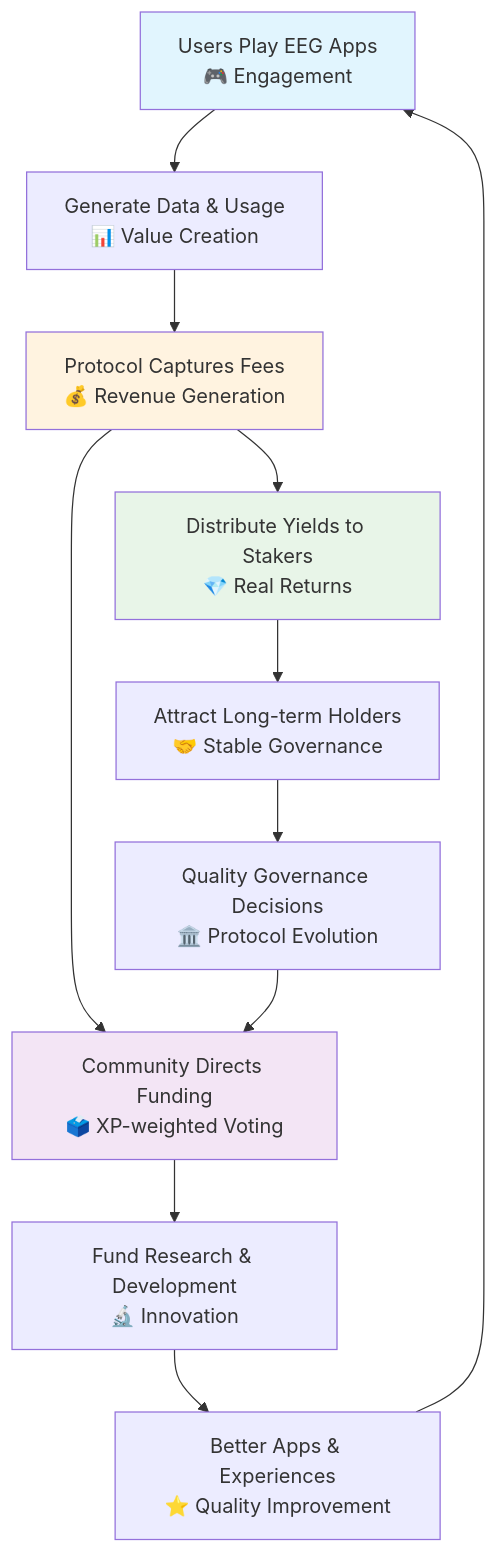
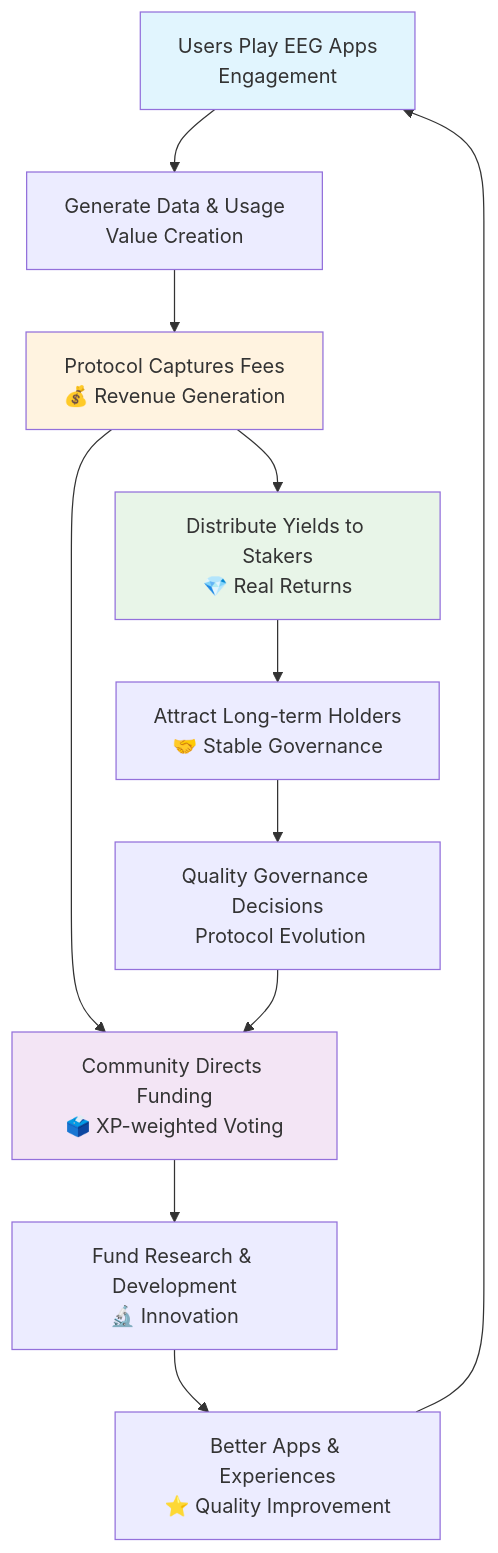
Before and after one commit to Elata-Biosciences/elata-protocol: the second of 10 diagrams in README.md, drawn with Mermaid. The commit also changed other lines of this file and 21 other files, not shown here.

````diff
--- a/README.md
+++ b/README.md
@@ -60,19 +60,19 @@
 ```mermaid
 graph TD
-    A[Users Play EEG Apps<br/>🎮 Engagement] --> B[Generate Data & Usage<br/>📊 Value Creation]
+    A[Users Play EEG Apps<br/> Engagement] --> B[Generate Data & Usage<br/> Value Creation]
     B --> C[Protocol Captures Fees<br/>💰 Revenue Generation]
     C --> D[Community Directs Funding<br/>🗳️ XP-weighted Voting]
     D --> E[Fund Research & Development<br/>🔬 Innovation]
     E --> F[Better Apps & Experiences<br/>⭐ Quality Improvement]
     F --> A
     
     C --> G[Distribute Yields to Stakers<br/>💎 Real Returns]
     G --> H[Attract Long-term Holders<br/>🤝 Stable Governance]
-    H --> I[Quality Governance Decisions<br/>🏛️ Protocol Evolution]
+    H --> I[Quality Governance Decisions<br/> Protocol Evolution]
     I --> D
     
     style A fill:#e1f5fe
     style C fill:#fff3e0
     style D fill:#f3e5f5
     style G fill:#e8f5e8
 ```
````
